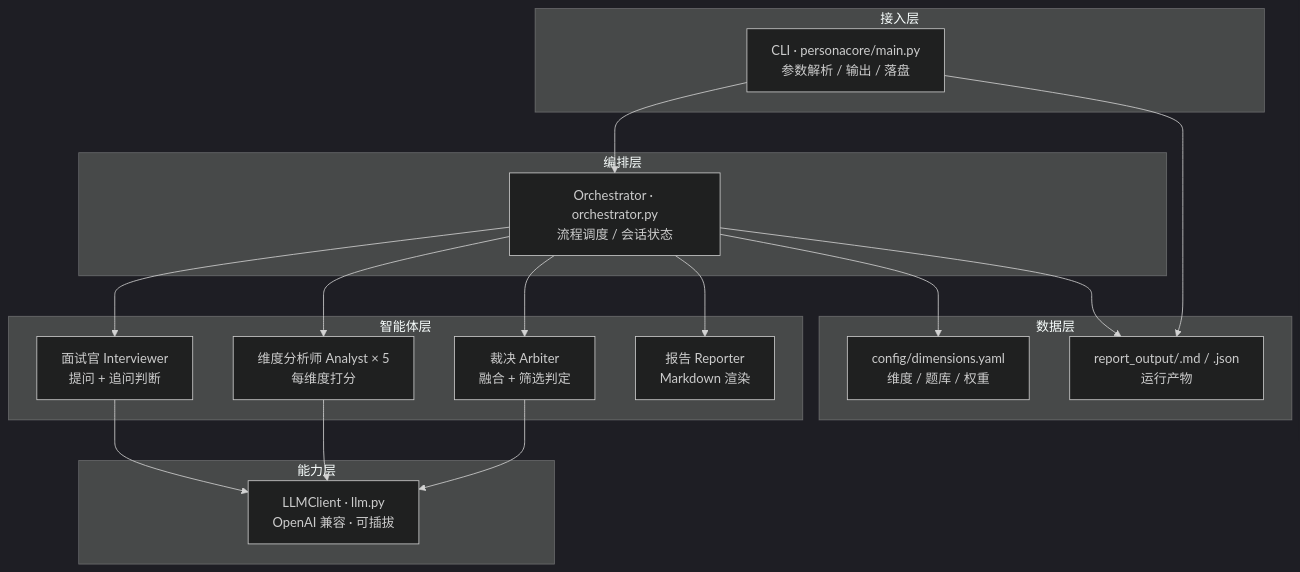
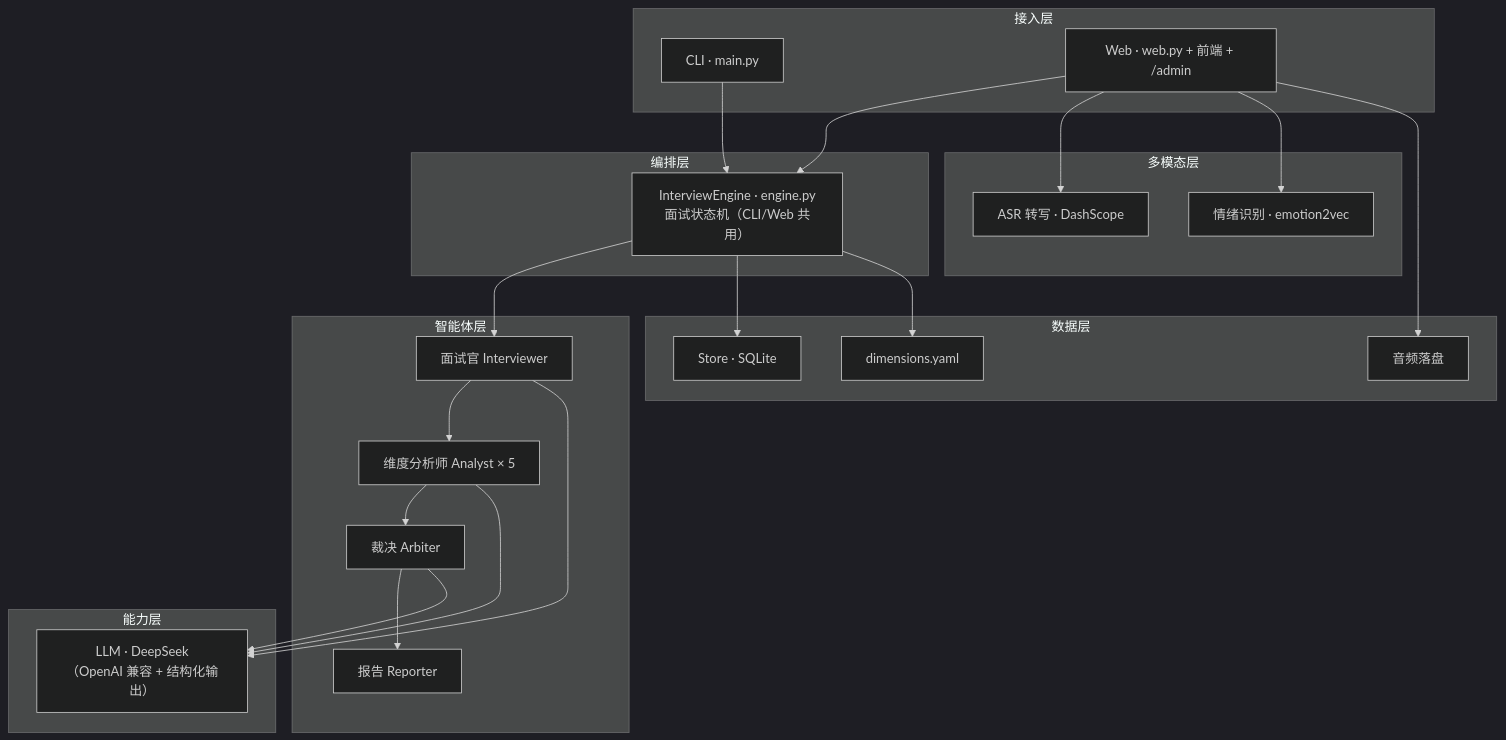
One commit to China-sty/PersonaCore changed the first of 3 diagrams in docs/architecture.md. Above: the diagram before and after it, drawn with Mermaid (dark theme). The commit also changed other lines of this file and 2 other files, not shown here.

````diff
--- a/docs/architecture.md
+++ b/docs/architecture.md
@@ -31,38 +32,45 @@
 ```mermaid
 flowchart TB
     subgraph L1["接入层"]
-        CLI["CLI · personacore/main.py<br/>参数解析 / 输出 / 落盘"]
+        CLI["CLI · main.py"]
+        WEB["Web · web.py + 前端 + /admin"]
     end
 
     subgraph L2["编排层"]
-        ORCH["Orchestrator · orchestrator.py<br/>流程调度 / 会话状态"]
+        ENG["InterviewEngine · engine.py<br/>面试状态机（CLI/Web 共用）"]
     end
 
     subgraph L3["智能体层"]
-        IV["面试官 Interviewer<br/>提问 + 追问判断"]
-        AN["维度分析师 Analyst × 5<br/>每维度打分"]
-        AR["裁决 Arbiter<br/>融合 + 筛选判定"]
-        RP["报告 Reporter<br/>Markdown 渲染"]
+        IV["面试官 Interviewer"]
+        AN["维度分析师 Analyst × 5"]
+        AR["裁决 Arbiter"]
+        RP["报告 Reporter"]
     end
 
-    subgraph L4["能力层"]
-        LLM["LLMClient · llm.py<br/>OpenAI 兼容 · 可插拔"]
+    subgraph L4["多模态层"]
+        ASR["ASR 转写 · DashScope"]
+        EMO["情绪识别 · emotion2vec"]
     end
 
-    subgraph L5["数据层"]
-        CFG["config/dimensions.yaml<br/>维度 / 题库 / 权重"]
-        OUT["report_output/<run_id>.md / .json<br/>运行产物"]
+    subgraph L5["能力层"]
+        LLM["LLM · DeepSeek<br/>（OpenAI 兼容 + 结构化输出）"]
     end
 
-    CLI --> ORCH
-    ORCH --> IV
-    ORCH --> AN
-    ORCH --> AR
-    ORCH --> RP
+    subgraph L6["数据层"]
+        DB["Store · SQLite"]
+        CFG["dimensions.yaml"]
+        AUD["音频落盘"]
+    end
+
+    CLI --> ENG
+    WEB --> ENG
+    WEB --> ASR
+    WEB --> EMO
+    ENG --> IV --> AN --> AR --> RP
     IV --> LLM
     AN --> LLM
     AR --> LLM
-    ORCH --> CFG
-    ORCH --> OUT
-    CLI --> OUT
+    ENG --> DB
+    WEB --> AUD
+    ENG --> CFG
 ```
````
